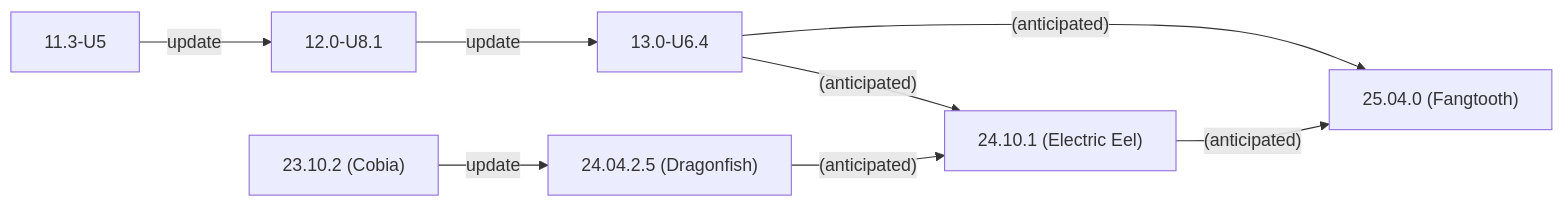
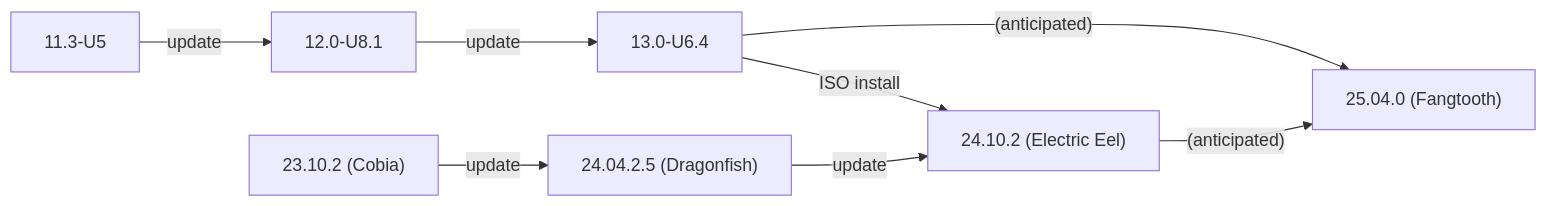
Before and after one commit to truenas/documentation: the second of 2 diagrams in static/includes/SCALEUpgradePaths.md, drawn with Mermaid. The commit also changed other lines of this file, not shown here.

```diff
--- a/static/includes/SCALEUpgradePaths.md
+++ b/static/includes/SCALEUpgradePaths.md
@@ -81,11 +87,11 @@
           {{< mermaid class="mermaid_sizing" >}}
           flowchart LR
             A["11.3-U5"] -->|update| B
             B["12.0-U8.1"] -->|update| C
-            C["13.0-U6.4"] -->|"(anticipated)"| F
+            C["13.0-U6.4"] -->|ISO install| F
             C["13.0-U6.4"] -->|"(anticipated)"| G
             D["23.10.2 (Cobia)"] -->|update| E
-            E["24.04.2.5 (Dragonfish)"]  -->|"(anticipated)"| F
-            F["24.10.1 (Electric Eel)"] -->|"(anticipated)"| G
+            E["24.04.2.5 (Dragonfish)"]  -->|update| F
+            F["24.10.2 (Electric Eel)"] -->|"(anticipated)"| G
             G["25.04.0 (Fangtooth)"]
           {{< /mermaid >}}
```
